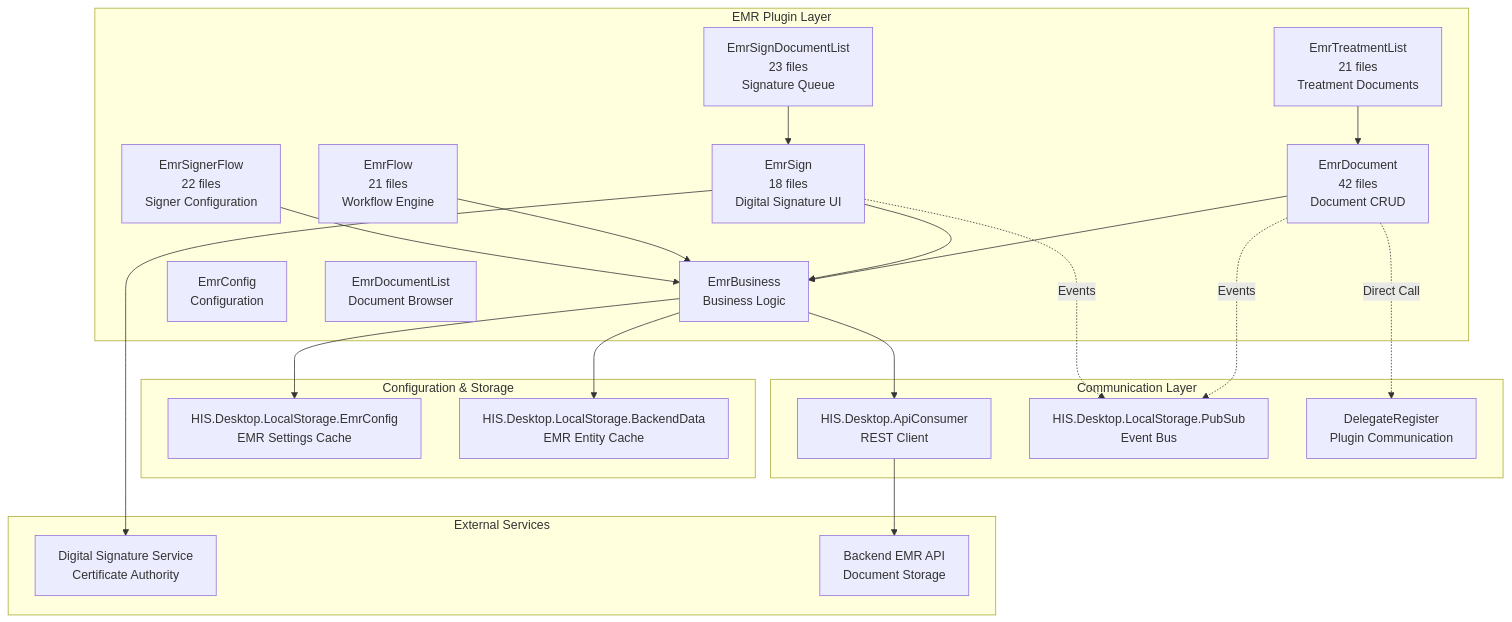
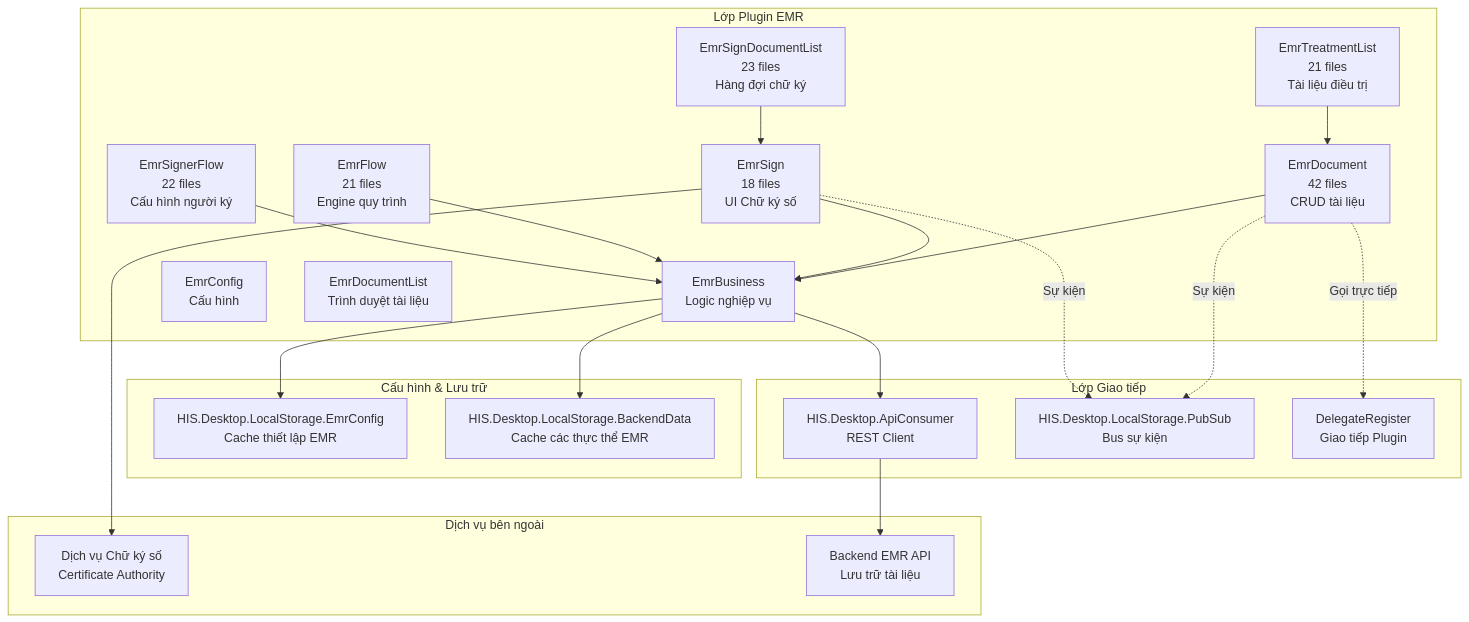
One commit to thangpnb/HIS changed the tenth of 16 diagrams in docs/his-ba-documentation/03-business-domains/administration/access-control.md. Above: the diagram before and after it, drawn with Mermaid. The commit also changed other lines of this file and 30 other files, not shown here.

Commit message:
Refactor architecture docs and update translations

````diff
--- a/docs/his-ba-documentation/03-business-domains/administration/access-control.md
+++ b/docs/his-ba-documentation/03-business-domains/administration/access-control.md
@@ -566,49 +563,49 @@
 ```mermaid
 graph TB
-    subgraph "EMR Plugin Layer"
-        EmrDocument["EmrDocument<br/>42 files<br/>Document CRUD"]
-        EmrSignDocList["EmrSignDocumentList<br/>23 files<br/>Signature Queue"]
-        EmrSignerFlow["EmrSignerFlow<br/>22 files<br/>Signer Configuration"]
-        EmrFlow["EmrFlow<br/>21 files<br/>Workflow Engine"]
-        EmrTreatmentList["EmrTreatmentList<br/>21 files<br/>Treatment Documents"]
-        EmrSign["EmrSign<br/>18 files<br/>Digital Signature UI"]
-        EmrBusiness["EmrBusiness<br/>Business Logic"]
-        EmrConfig["EmrConfig<br/>Configuration"]
-        EmrDocumentList["EmrDocumentList<br/>Document Browser"]
+    subgraph "Lớp Plugin EMR"
+        EmrDocument["EmrDocument<br/>42 files<br/>CRUD tài liệu"]
+        EmrSignDocList["EmrSignDocumentList<br/>23 files<br/>Hàng đợi chữ ký"]
+        EmrSignerFlow["EmrSignerFlow<br/>22 files<br/>Cấu hình người ký"]
+        EmrFlow["EmrFlow<br/>21 files<br/>Engine quy trình"]
+        EmrTreatmentList["EmrTreatmentList<br/>21 files<br/>Tài liệu điều trị"]
+        EmrSign["EmrSign<br/>18 files<br/>UI Chữ ký số"]
+        EmrBusiness["EmrBusiness<br/>Logic nghiệp vụ"]
+        EmrConfig["EmrConfig<br/>Cấu hình"]
+        EmrDocumentList["EmrDocumentList<br/>Trình duyệt tài liệu"]
     end
     
-    subgraph "Configuration & Storage"
-        EmrConfigLS["HIS.Desktop.LocalStorage.EmrConfig<br/>EMR Settings Cache"]
-        BackendData["HIS.Desktop.LocalStorage.BackendData<br/>EMR Entity Cache"]
+    subgraph "Cấu hình & Lưu trữ"
+        EmrConfigLS["HIS.Desktop.LocalStorage.EmrConfig<br/>Cache thiết lập EMR"]
+        BackendData["HIS.Desktop.LocalStorage.BackendData<br/>Cache các thực thể EMR"]
     end
     
-    subgraph "Communication Layer"
+    subgraph "Lớp Giao tiếp"
         ApiConsumer["HIS.Desktop.ApiConsumer<br/>REST Client"]
-        PubSub["HIS.Desktop.LocalStorage.PubSub<br/>Event Bus"]
-        DelegateReg["DelegateRegister<br/>Plugin Communication"]
+        PubSub["HIS.Desktop.LocalStorage.PubSub<br/>Bus sự kiện"]
+        DelegateReg["DelegateRegister<br/>Giao tiếp Plugin"]
     end
     
-    subgraph "External Services"
-        DigitalSignSvc["Digital Signature Service<br/>Certificate Authority"]
-        BackendAPI["Backend EMR API<br/>Document Storage"]
+    subgraph "Dịch vụ bên ngoài"
+        DigitalSignSvc["Dịch vụ Chữ ký số<br/>Certificate Authority"]
+        BackendAPI["Backend EMR API<br/>Lưu trữ tài liệu"]
     end
     
     EmrDocument --> EmrBusiness
     EmrSign --> EmrBusiness
     EmrFlow --> EmrBusiness
     EmrSignerFlow --> EmrBusiness
     
     EmrBusiness --> EmrConfigLS
     EmrBusiness --> BackendData
     EmrBusiness --> ApiConsumer
     
-    EmrDocument -.->|Events| PubSub
-    EmrSign -.->|Events| PubSub
-    EmrDocument -.->|Direct Call| DelegateReg
+    EmrDocument -.->|Sự kiện| PubSub
+    EmrSign -.->|Sự kiện| PubSub
+    EmrDocument -.->|Gọi trực tiếp| DelegateReg
     
     ApiConsumer --> BackendAPI
     EmrSign --> DigitalSignSvc
     
     EmrTreatmentList --> EmrDocument
     EmrSignDocList --> EmrSign
 ```
````
